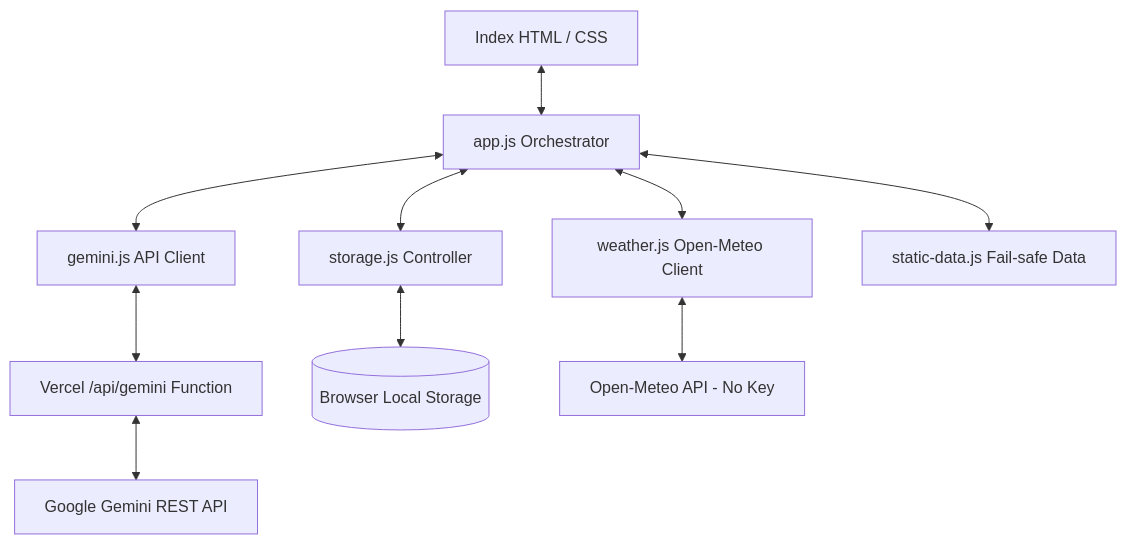
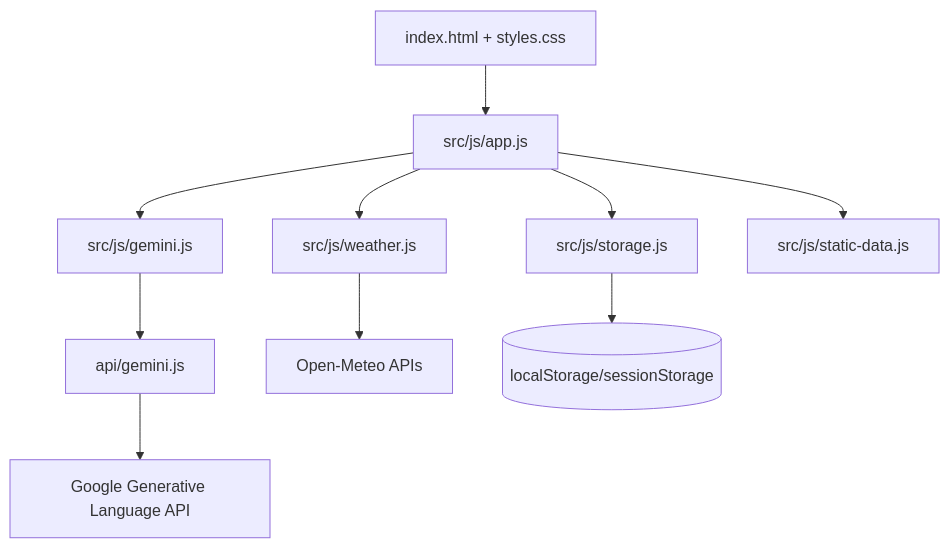
The diagram in README.md (arnabdasbwn/RainGuardAI), drawn with Mermaid before and after one commit. The commit also changed other lines of this file and 14 other files, not shown here.

````diff
--- a/README.md
+++ b/README.md
@@ -63,13 +78,12 @@
 ```mermaid
 graph TD
-    UI[Index HTML / CSS] <--> App[app.js Orchestrator]
-    App <--> Storage[storage.js Controller]
-    App <--> Weather[weather.js Open-Meteo Client]
-    App <--> Gemini[gemini.js API Client]
-    App <--> StaticData[static-data.js Fail-safe Data]
-    Gemini <--> Proxy[Vercel /api/gemini Function]
-    
-    Storage <--> LocalStorage[(Browser Local Storage)]
-    Weather <--> WeatherAPI[Open-Meteo API - No Key]
-    Proxy <--> GeminiAPI[Google Gemini REST API]
+    UI[index.html + styles.css] --> App[src/js/app.js]
+    App --> Weather[src/js/weather.js]
+    App --> GeminiClient[src/js/gemini.js]
+    App --> Storage[src/js/storage.js]
+    App --> StaticData[src/js/static-data.js]
+    GeminiClient --> Proxy[api/gemini.js]
+    Proxy --> GeminiAPI[Google Generative Language API]
+    Weather --> OpenMeteo[Open-Meteo APIs]
+    Storage --> LocalStorage[(localStorage/sessionStorage)]
 ```
````
